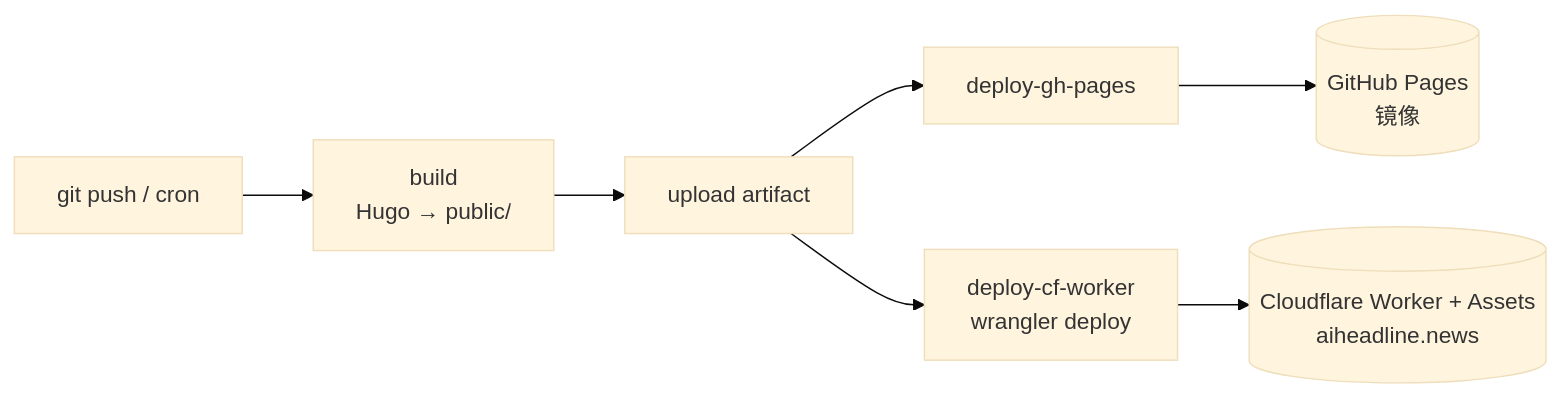
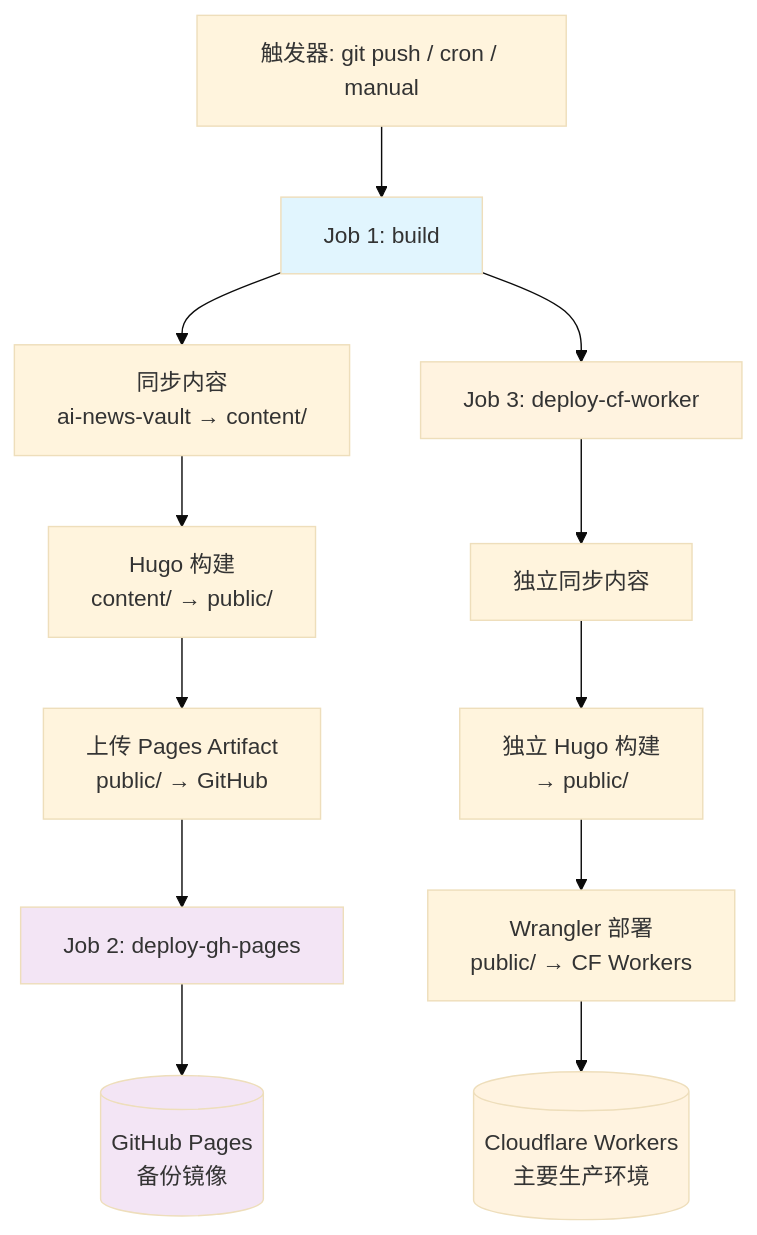
The diagram in docs/deployment-guide.md (YYvanYang/AIHeadline.news), drawn with Mermaid (base theme) before and after one commit. The commit also changed other lines of this file and 6 other files, not shown here.

````diff
--- a/docs/deployment-guide.md
+++ b/docs/deployment-guide.md
@@ -14,9 +21,22 @@
 ```mermaid
-graph LR
-  A[git push / cron] --> B[build<br>Hugo → public/]
-  B --> C[upload artifact]
-  C --> D[deploy-gh-pages]
-  C --> E[deploy-cf-worker<br>wrangler deploy]
-  D --> F[(GitHub Pages<br>镜像)]
-  E --> G[(Cloudflare Worker + Assets<br>aiheadline.news)]
+graph TB
+  A[触发器: git push / cron / manual] --> B[Job 1: build]
+  B --> B1[同步内容<br>ai-news-vault → content/]
+  B1 --> B2[Hugo 构建<br>content/ → public/]
+  B2 --> B3[上传 Pages Artifact<br>public/ → GitHub]
+  
+  B3 --> C[Job 2: deploy-gh-pages]
+  C --> C1[(GitHub Pages<br>备份镜像)]
+  
+  B --> D[Job 3: deploy-cf-worker]
+  D --> D1[独立同步内容]
+  D1 --> D2[独立 Hugo 构建<br>→ public/]
+  D2 --> D3[Wrangler 部署<br>public/ → CF Workers]
+  D3 --> D4[(Cloudflare Workers<br>主要生产环境)]
+  
+  style B fill:#e1f5fe
+  style C fill:#f3e5f5
+  style D fill:#fff3e0
+  style C1 fill:#f3e5f5
+  style D4 fill:#fff3e0
 ```
````
